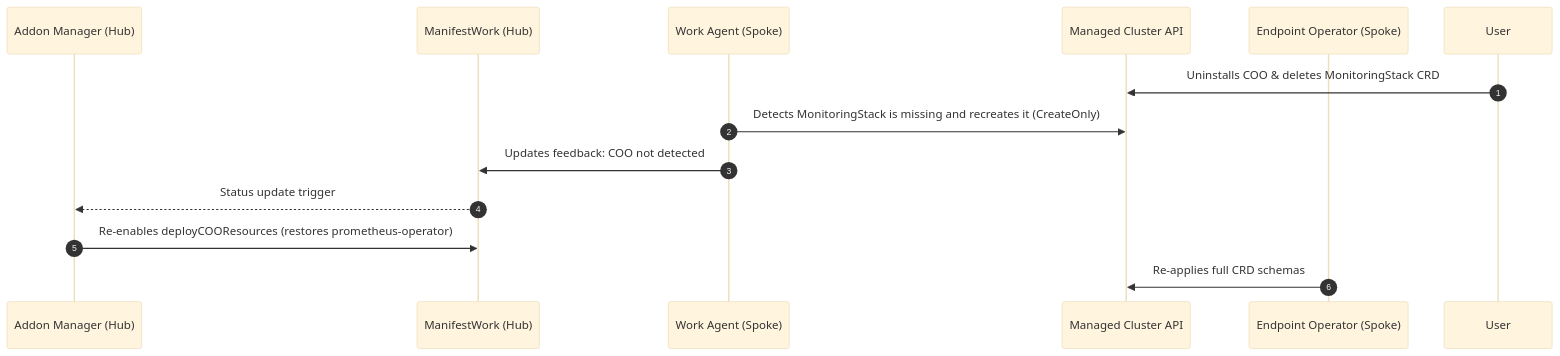
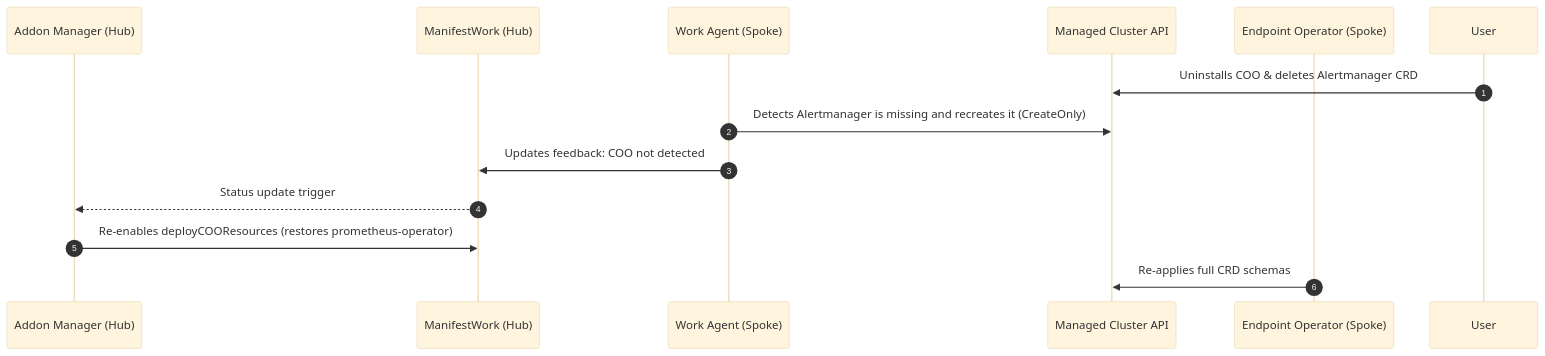
One commit to stolostron/multicluster-observability-addon changed the third of 3 diagrams in internal/metrics/README.md. Above: the diagram before and after it, drawn with Mermaid (base theme). The commit also changed other lines of this file and 27 other files, not shown here.

````diff
--- a/internal/metrics/README.md
+++ b/internal/metrics/README.md
@@ -152,17 +152,17 @@
 ```mermaid
 sequenceDiagram
     autonumber
     participant AddonManager as Addon Manager (Hub)
     participant ManifestWork as ManifestWork (Hub)
     participant WorkAgent as Work Agent (Spoke)
     participant ManagedCluster as Managed Cluster API
     participant EndpointOp as Endpoint Operator (Spoke)
     participant User
 
-    User->>ManagedCluster: Uninstalls COO & deletes MonitoringStack CRD
-    WorkAgent->>ManagedCluster: Detects MonitoringStack is missing and recreates it (CreateOnly)
+    User->>ManagedCluster: Uninstalls COO & deletes Alertmanager CRD
+    WorkAgent->>ManagedCluster: Detects Alertmanager is missing and recreates it (CreateOnly)
     WorkAgent->>ManifestWork: Updates feedback: COO not detected
     ManifestWork-->>AddonManager: Status update trigger
     AddonManager->>ManifestWork: Re-enables deployCOOResources (restores prometheus-operator)
     EndpointOp->>ManagedCluster: Re-applies full CRD schemas
 ```
````
